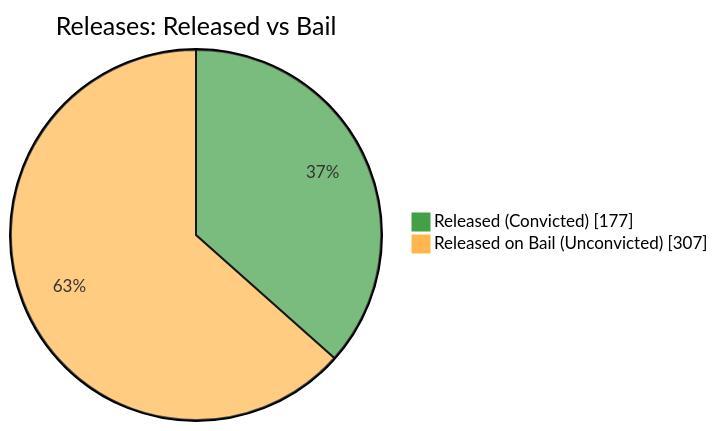
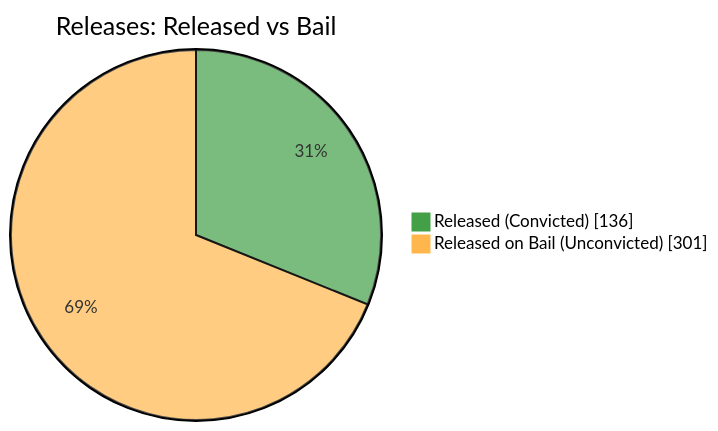
The fifth of 7 diagrams in README.md (nuuuwan/lk_prisons), drawn with Mermaid before and after one commit. The commit also changed other lines of this file and 1 other file, not shown here.

````diff
--- a/README.md
+++ b/README.md
@@ -87,6 +87,6 @@
 ```mermaid
 %%{init: {'themeVariables': {'pie1': '#43A047', 'pie2': '#FFB74D'}}}%%
 pie showData title Releases: Released vs Bail
-    "Released (Convicted)" : 177
-    "Released on Bail (Unconvicted)" : 307
+    "Released (Convicted)" : 136
+    "Released on Bail (Unconvicted)" : 301
 ```
````
